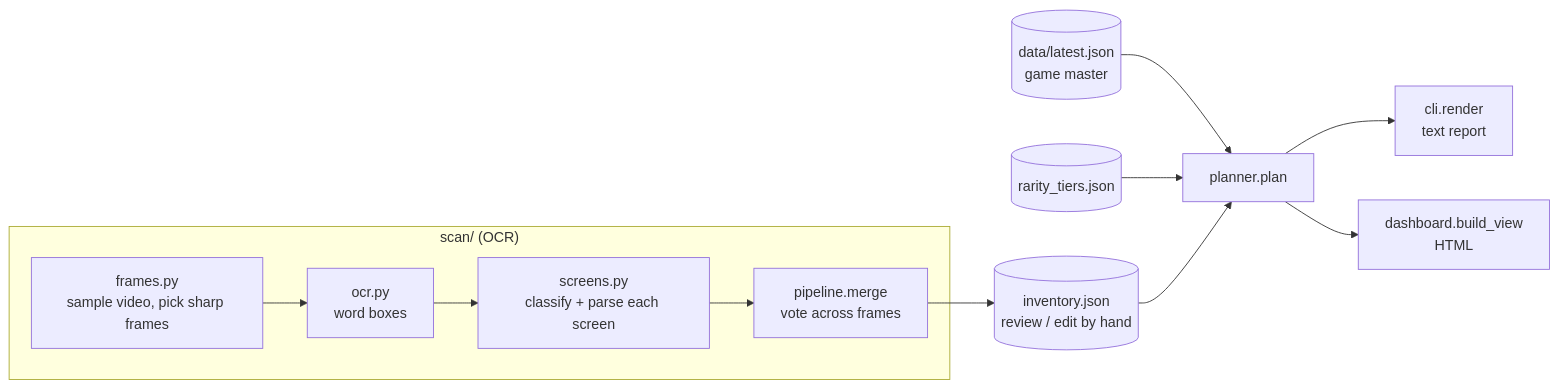
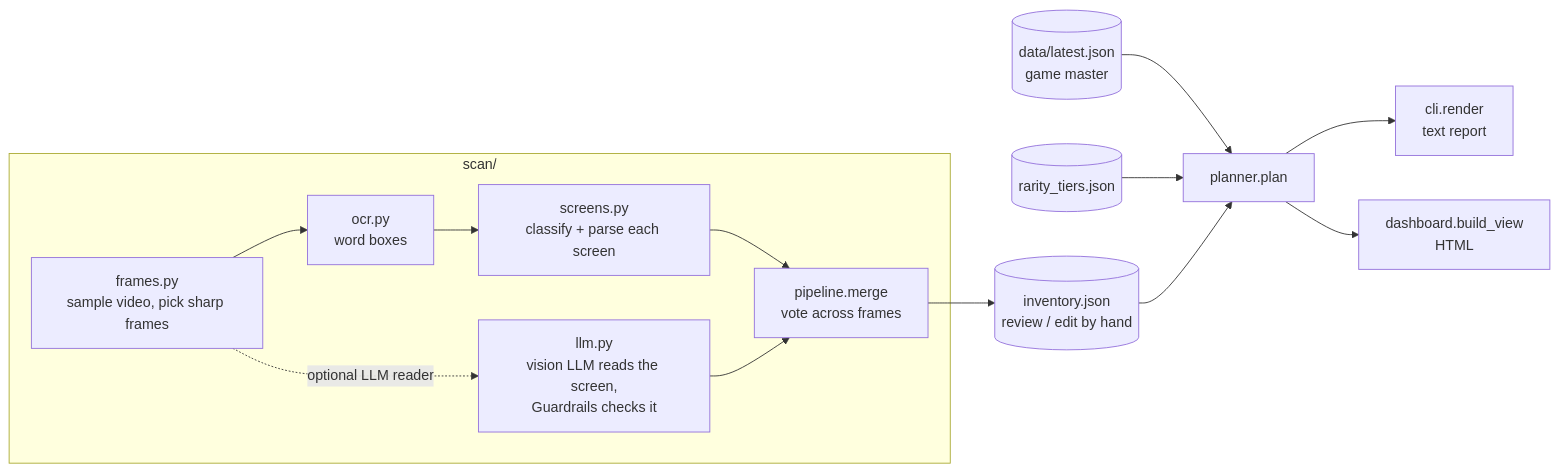
The first of 4 diagrams in docs/ARCHITECTURE.md (kaustubhagarwal18/pogo-evo-planner), drawn with Mermaid before and after one commit. The commit also changed other lines of this file and 3 other files, not shown here.

````diff
--- a/docs/ARCHITECTURE.md
+++ b/docs/ARCHITECTURE.md
@@ -7,14 +7,16 @@
 ```mermaid
 flowchart LR
-    subgraph scan["scan/ (OCR)"]
+    subgraph scan["scan/"]
         F[frames.py<br/>sample video, pick sharp frames] --> O[ocr.py<br/>word boxes]
         O --> S[screens.py<br/>classify + parse each screen]
         S --> M[pipeline.merge<br/>vote across frames]
+        F -.->|optional LLM reader| L[llm.py<br/>vision LLM reads the screen,<br/>Guardrails checks it]
+        L --> M
     end
     M --> J[(inventory.json<br/>review / edit by hand)]
     G[(data/latest.json<br/>game master)] --> P
     T[(rarity_tiers.json)] --> P
     J --> P[planner.plan]
     P --> R[cli.render<br/>text report]
     P --> D[dashboard.build_view<br/>HTML]
 ```
````
